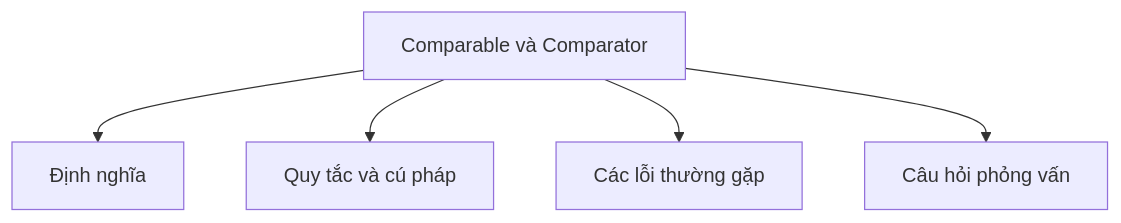
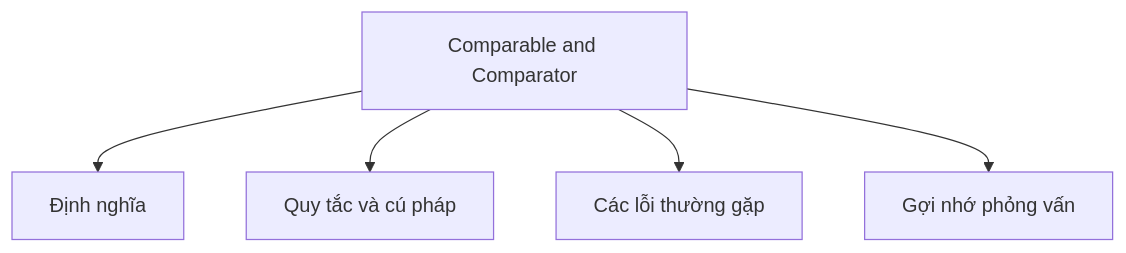
Before and after one commit to PhuThien2005/theoretical-of-java-core: the diagram in vi/20-comparable-comparator/README.md, drawn with Mermaid. The commit also changed other lines of this file and 229 other files, not shown here.

````diff
--- a/vi/20-comparable-comparator/README.md
+++ b/vi/20-comparable-comparator/README.md
@@ -45,7 +45,7 @@
 ```mermaid
 flowchart TD
-    A[Comparable và Comparator] --> B[Định nghĩa]
+    A[Comparable and Comparator] --> B[Định nghĩa]
     A --> C[Quy tắc và cú pháp]
     A --> D[Các lỗi thường gặp]
-    A --> E[Câu hỏi phỏng vấn]
+    A --> E[Gợi nhớ phỏng vấn]
 ```
````
